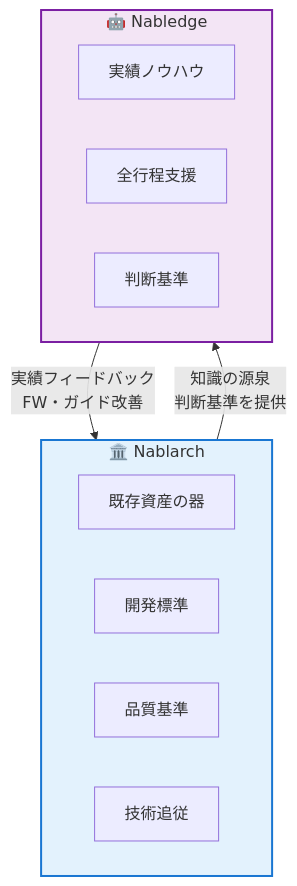
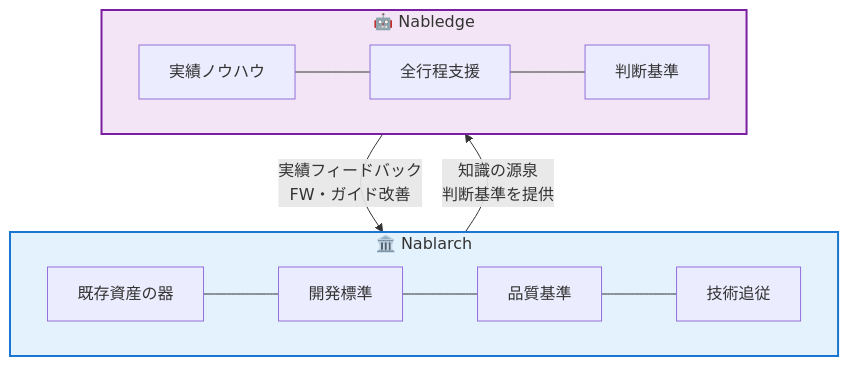
The second of 2 diagrams in doc/tobe/nabledge_press.md (nablarch/nabledge-dev), drawn with Mermaid before and after one commit.

Commit message:
Fix diagram layout: connect nodes horizontally with ---

````diff
--- a/doc/tobe/nabledge_press.md
+++ b/doc/tobe/nabledge_press.md
@@ -96,23 +96,16 @@
 ```mermaid
 graph TB
     subgraph Nablarch["🏛️ Nablarch"]
-        direction LR
-        N1["既存資産の器"]
-        N2["開発標準"]
-        N3["品質基準"]
-        N4["技術追従"]
+        N1["既存資産の器"] --- N2["開発標準"] --- N3["品質基準"] --- N4["技術追従"]
     end
 
     subgraph Nabledge["🤖 Nabledge"]
-        direction LR
-        D1["実績ノウハウ"]
-        D2["全行程支援"]
-        D3["判断基準"]
+        D1["実績ノウハウ"] --- D2["全行程支援"] --- D3["判断基準"]
     end
 
     Nablarch -->|"知識の源泉<br/>判断基準を提供"| Nabledge
     Nabledge -->|"実績フィードバック<br/>FW・ガイド改善"| Nablarch
 
     style Nablarch fill:#e3f2fd,stroke:#1976d2,stroke-width:2px
     style Nabledge fill:#f3e5f5,stroke:#7b1fa2,stroke-width:2px
 ```
````
